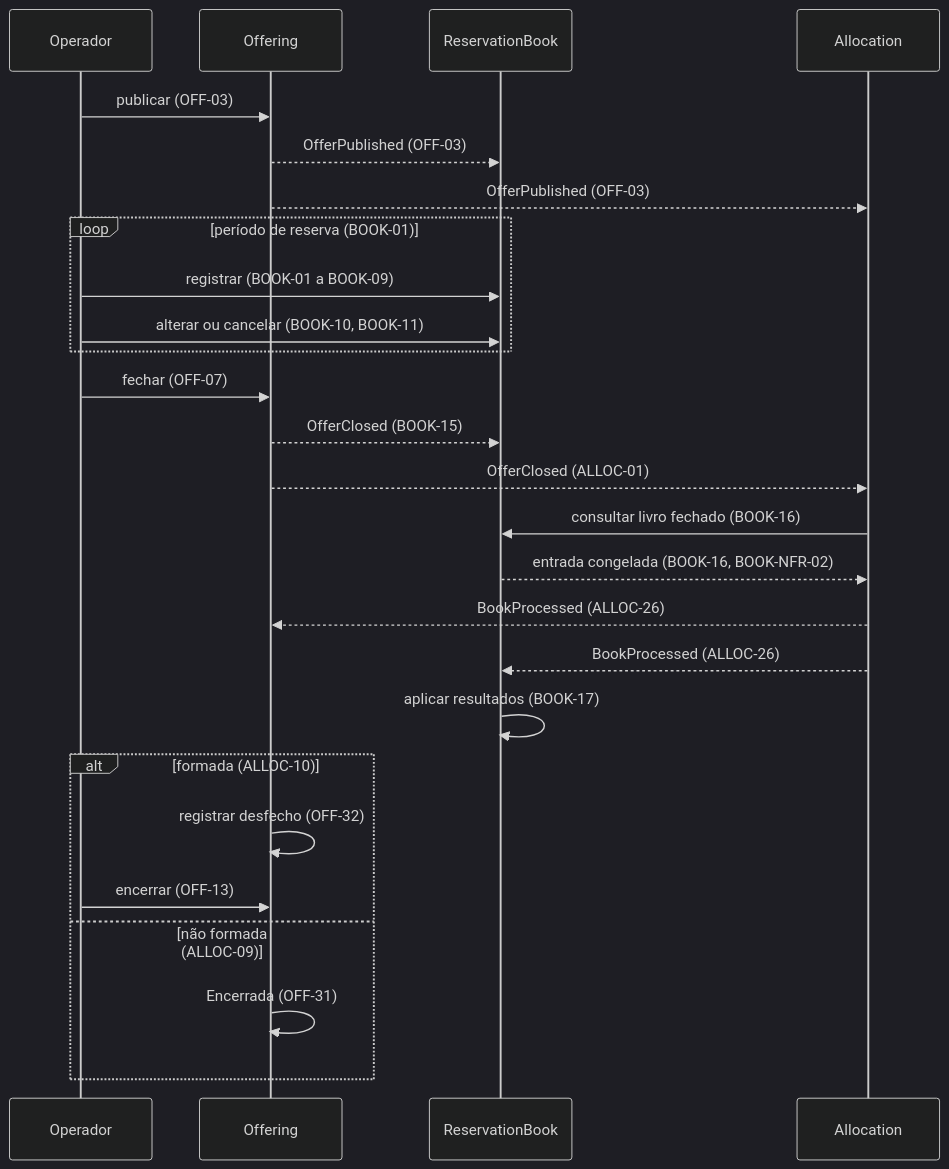
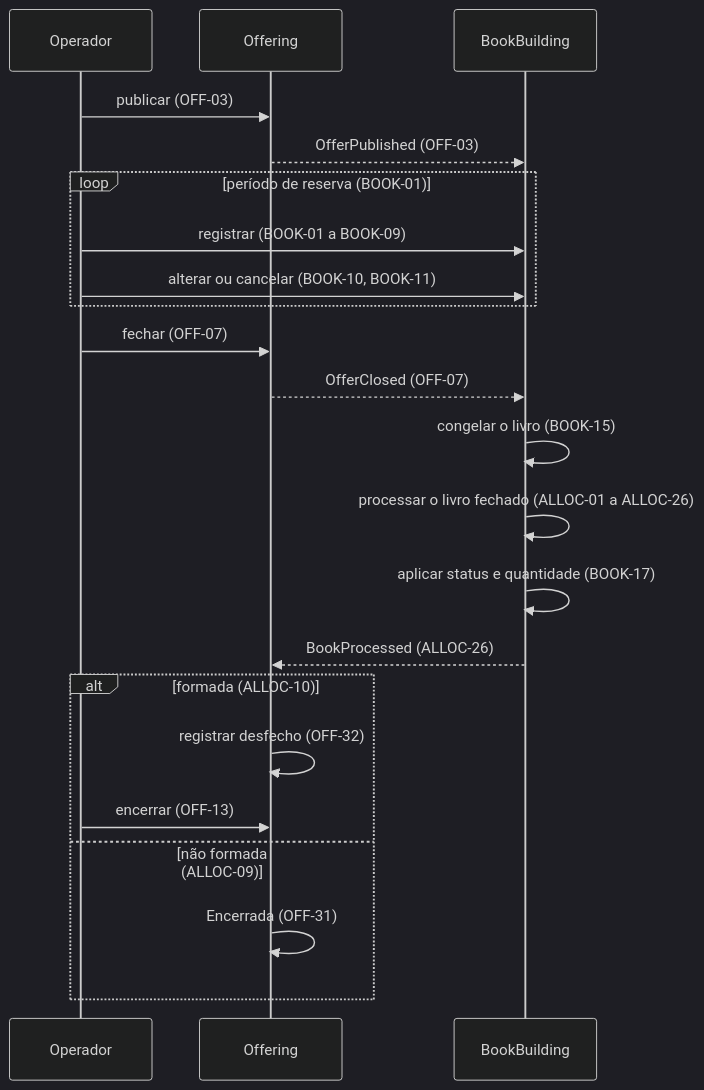
One commit to guilhermesalvi/fund-distribution-platform changed the first of 2 diagrams in docs/prd/0000-platform-overview.md. Above: the diagram before and after it, drawn with Mermaid (dark theme). The commit also changed other lines of this file and 20 other files, not shown here.

Commit message:
refactor: merge allocation into book building context

````diff
--- a/docs/prd/0000-platform-overview.md
+++ b/docs/prd/0000-platform-overview.md
@@ -41,28 +40,24 @@
 ```mermaid
 sequenceDiagram
     participant Operador
     participant Offering
-    participant ReservationBook
-    participant Allocation
+    participant BookBuilding
     Operador->>Offering: publicar (OFF-03)
-    Offering-->>ReservationBook: OfferPublished (OFF-03)
-    Offering-->>Allocation: OfferPublished (OFF-03)
+    Offering-->>BookBuilding: OfferPublished (OFF-03)
     loop período de reserva (BOOK-01)
-        Operador->>ReservationBook: registrar (BOOK-01 a BOOK-09)
-        Operador->>ReservationBook: alterar ou cancelar (BOOK-10, BOOK-11)
+        Operador->>BookBuilding: registrar (BOOK-01 a BOOK-09)
+        Operador->>BookBuilding: alterar ou cancelar (BOOK-10, BOOK-11)
     end
     Operador->>Offering: fechar (OFF-07)
-    Offering-->>ReservationBook: OfferClosed (BOOK-15)
-    Offering-->>Allocation: OfferClosed (ALLOC-01)
-    Allocation->>ReservationBook: consultar livro fechado (BOOK-16)
-    ReservationBook-->>Allocation: entrada congelada (BOOK-16, BOOK-NFR-02)
-    Allocation-->>Offering: BookProcessed (ALLOC-26)
-    Allocation-->>ReservationBook: BookProcessed (ALLOC-26)
-    ReservationBook->>ReservationBook: aplicar resultados (BOOK-17)
+    Offering-->>BookBuilding: OfferClosed (OFF-07)
+    BookBuilding->>BookBuilding: congelar o livro (BOOK-15)
+    BookBuilding->>BookBuilding: processar o livro fechado (ALLOC-01 a ALLOC-26)
+    BookBuilding->>BookBuilding: aplicar status e quantidade (BOOK-17)
+    BookBuilding-->>Offering: BookProcessed (ALLOC-26)
     alt formada (ALLOC-10)
         Offering->>Offering: registrar desfecho (OFF-32)
         Operador->>Offering: encerrar (OFF-13)
     else não formada (ALLOC-09)
         Offering->>Offering: Encerrada (OFF-31)
     end
 ```
````
